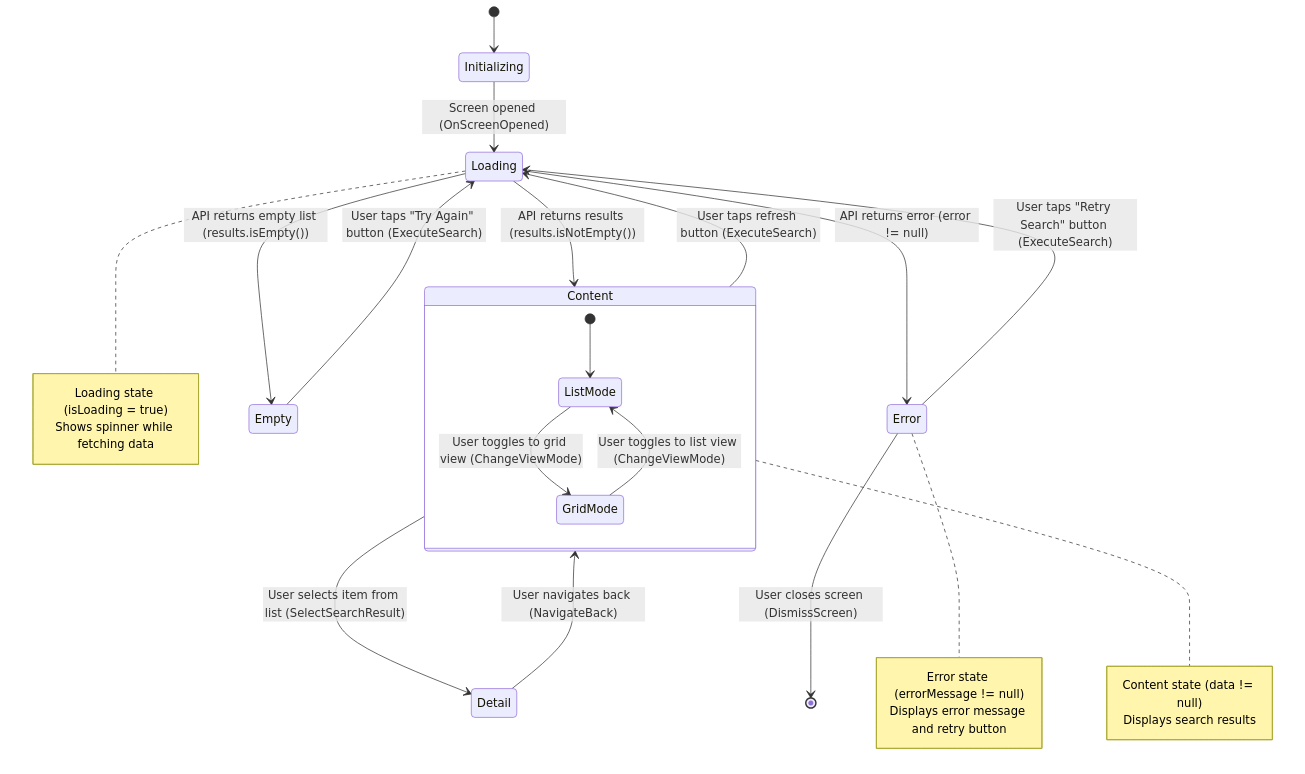
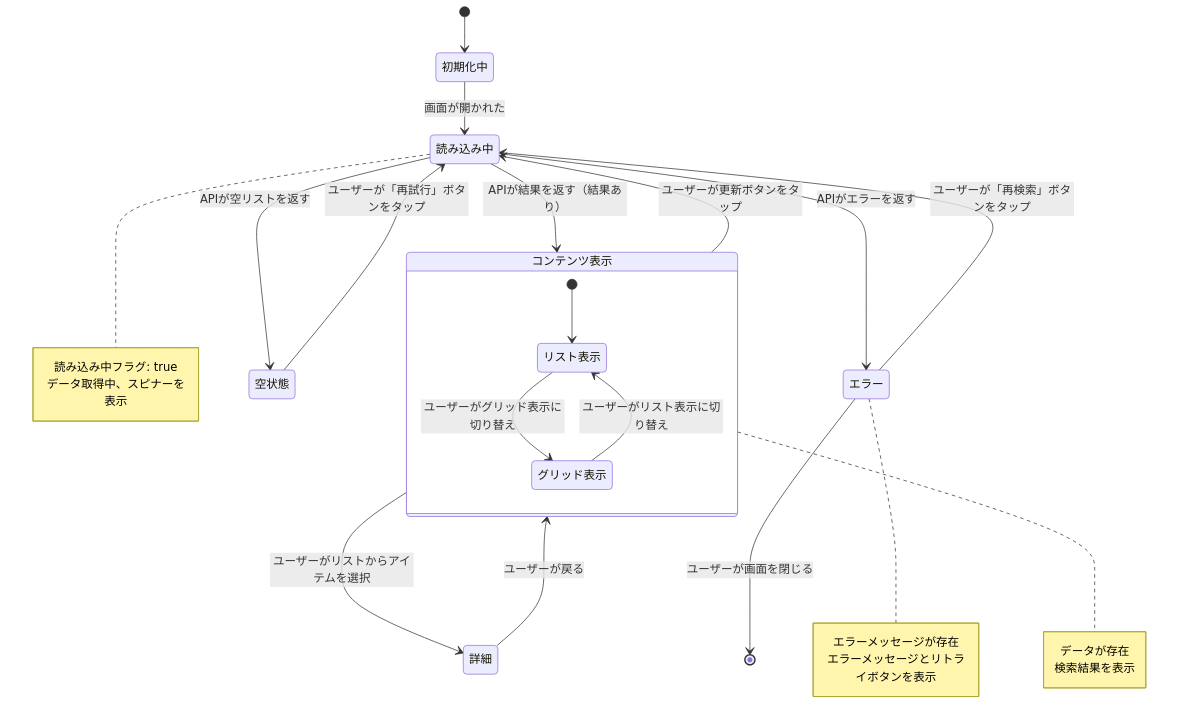
Before and after one commit to saki0000/collab-stream: the first of 4 diagrams in docs/design-doc/template/screen-transition-template.md, drawn with Mermaid. The commit also changed other lines of this file and 6 other files, not shown here.

````diff
--- a/docs/design-doc/template/screen-transition-template.md
+++ b/docs/design-doc/template/screen-transition-template.md
@@ -25,41 +25,41 @@
 ```mermaid
 stateDiagram-v2
-    [*] --> Initializing
+    [*] --> 初期化中
 
-    Initializing --> Loading: Screen opened (OnScreenOpened)
+    初期化中 --> 読み込み中: 画面が開かれた
 
-    Loading --> Content: API returns results (results.isNotEmpty())
-    Loading --> Error: API returns error (error != null)
-    Loading --> Empty: API returns empty list (results.isEmpty())
+    読み込み中 --> コンテンツ表示: APIが結果を返す（結果あり）
+    読み込み中 --> エラー: APIがエラーを返す
+    読み込み中 --> 空状態: APIが空リストを返す
 
-    Content --> Loading: User taps refresh button (ExecuteSearch)
-    Content --> Detail: User selects item from list (SelectSearchResult)
+    コンテンツ表示 --> 読み込み中: ユーザーが更新ボタンをタップ
+    コンテンツ表示 --> 詳細: ユーザーがリストからアイテムを選択
 
-    Error --> Loading: User taps "Retry Search" button (ExecuteSearch)
-    Error --> [*]: User closes screen (DismissScreen)
+    エラー --> 読み込み中: ユーザーが「再検索」ボタンをタップ
+    エラー --> [*]: ユーザーが画面を閉じる
 
-    Empty --> Loading: User taps "Try Again" button (ExecuteSearch)
+    空状態 --> 読み込み中: ユーザーが「再試行」ボタンをタップ
 
-    Detail --> Content: User navigates back (NavigateBack)
+    詳細 --> コンテンツ表示: ユーザーが戻る
 
-    state Content {
-        [*] --> ListMode
-        ListMode --> GridMode: User toggles to grid view (ChangeViewMode)
-        GridMode --> ListMode: User toggles to list view (ChangeViewMode)
+    state コンテンツ表示 {
+        [*] --> リスト表示
+        リスト表示 --> グリッド表示: ユーザーがグリッド表示に切り替え
+        グリッド表示 --> リスト表示: ユーザーがリスト表示に切り替え
     }
 
-    note right of Loading
-        Loading state (isLoading = true)
-        Shows spinner while fetching data
+    note right of 読み込み中
+        読み込み中フラグ: true
+        データ取得中、スピナーを表示
     end note
 
-    note right of Error
-        Error state (errorMessage != null)
-        Displays error message and retry button
+    note right of エラー
+        エラーメッセージが存在
+        エラーメッセージとリトライボタンを表示
     end note
 
-    note right of Content
-        Content state (data != null)
-        Displays search results
+    note right of コンテンツ表示
+        データが存在
+        検索結果を表示
     end note
 ```
````
